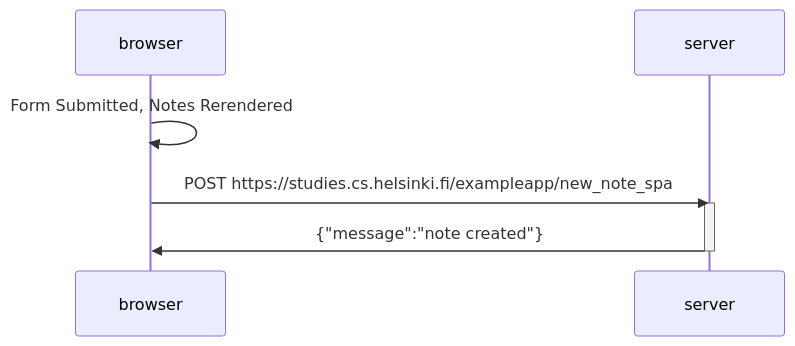
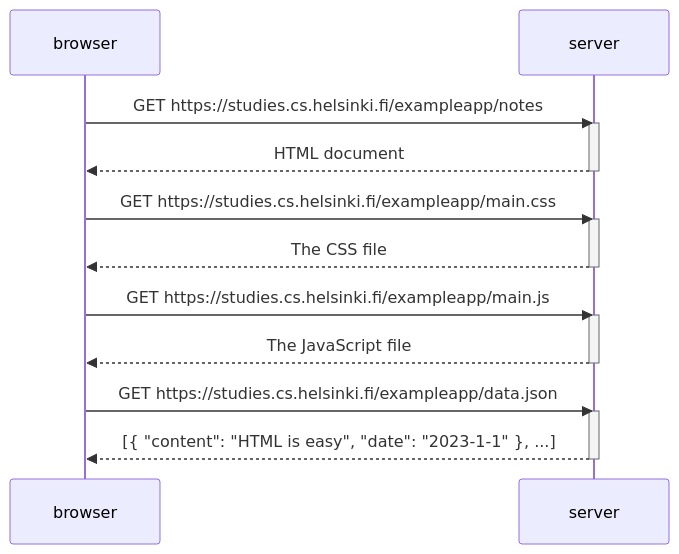
One commit to JaradInniss/Full-Stack-Open- changed the diagram in part0/exercise5.md. Above: the diagram before and after it, drawn with Mermaid.

Commit message:
Fixed Part0 Exercise 5

````diff
--- a/part0/exercise5.md
+++ b/part0/exercise5.md
@@ -1,11 +1,26 @@
 ```mermaid
 sequenceDiagram
     participant browser
     participant server
 
-    browser->>browser: Form Submitted, Notes Rerendered
-    browser->>server: POST https://studies.cs.helsinki.fi/exampleapp/new_note_spa
+    browser->>server: GET https://studies.cs.helsinki.fi/exampleapp/notes
     activate server
-    server->>browser: {"message":"note created"}
+    server-->>browser: HTML document
     deactivate server
+
+    browser->>server: GET https://studies.cs.helsinki.fi/exampleapp/main.css
+    activate server
+    server-->>browser: The CSS file
+    deactivate server
+
+    browser->>server: GET https://studies.cs.helsinki.fi/exampleapp/main.js
+    activate server
+    server-->>browser: The JavaScript file
+    deactivate server
+
+    browser->>server: GET https://studies.cs.helsinki.fi/exampleapp/data.json
+    activate server
+    server-->>browser: [{ "content": "HTML is easy", "date": "2023-1-1" }, ...]
+    deactivate server
+
 ```
````
